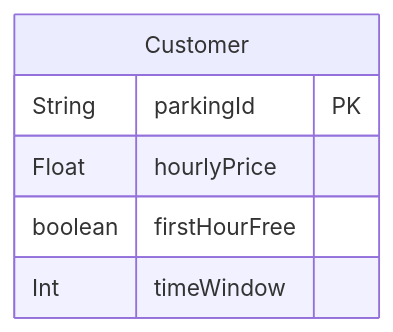
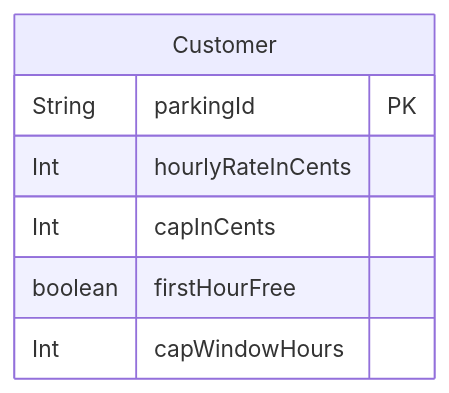
One commit to jddiazs/backend-assessment changed the diagram in specs/data-model.md. Above: the diagram before and after it, drawn with Mermaid. The commit also changed other lines of this file and 11 other files, not shown here.

````diff
--- a/specs/data-model.md
+++ b/specs/data-model.md
@@ -26,10 +28,11 @@
 ```mermaid
 erDiagram
     Customer {
         String parkingId PK
-        Float hourlyPrice
+        Int hourlyRateInCents
+        Int capInCents
         boolean firstHourFree
-        Int timeWindow
+        Int capWindowHours
     }
    
 ```
````
